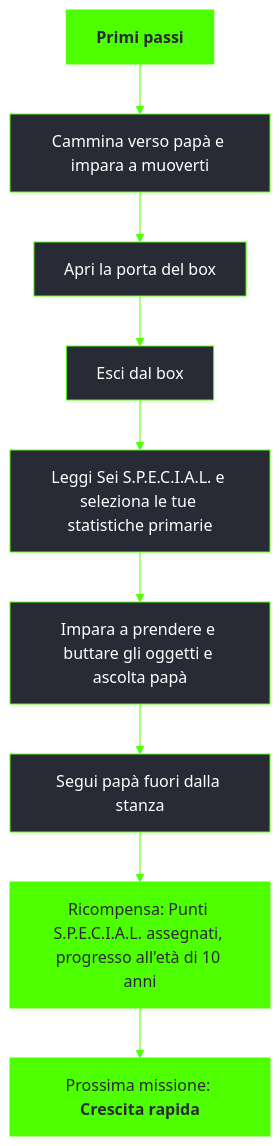
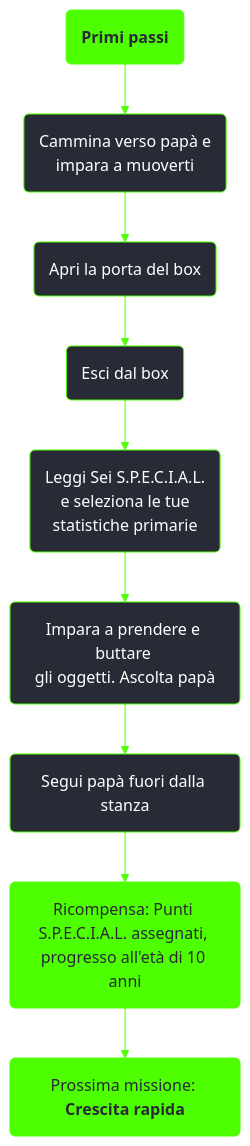
One commit to persy/wastelander changed the diagram in content/docs/fallout 3/missioni/Primi passi.md. Above: the diagram before and after it, drawn with Mermaid. The commit also changed 35 other files, not shown here.

````diff
--- a/content/docs/fallout 3/missioni/Primi passi.md
+++ b/content/docs/fallout 3/missioni/Primi passi.md
@@ -23,15 +23,15 @@
 ```mermaid
 %%{init: {'theme': 'base', 'themeVariables': { 'primaryColor': '#282a36', 'primaryBorderColor': '#4eff01', 'primaryTextColor': '#fff', 'lineColor': '#4eff01', 'fontFamily': 'Jura'}}}%%
 graph TD;
-    id1[<b>Primi passi</b>]:::questfo3-->id2[Cammina verso papà e impara a muoverti]
-    id2-->id3[Apri la porta del box]
-    id3-->id4[Esci dal box]
-    id4-->id5[Leggi Sei S.P.E.C.I.A.L. e seleziona le tue statistiche primarie]
-    id5-->id6[Impara a prendere e buttare gli oggetti e ascolta papà]  
-    id6-->id7[Segui papà fuori dalla stanza]
-    id7-->id8[Ricompensa: Punti S.P.E.C.I.A.L. assegnati, progresso all'età di 10 anni]:::rewardfo3
-    id8-->id9[Prossima missione: <b>Crescita rapida</b>]:::questfo3
+    id1(<b>Primi passi</b>):::questfo3-->id2(Cammina verso papà e <br />impara a muoverti)
+    id2-->id3(Apri la porta del box)
+    id3-->id4(Esci dal box)
+    id4-->id5(Leggi Sei S.P.E.C.I.A.L. <br />e seleziona le tue <br />statistiche primarie)
+    id5-->id6(Impara a prendere e buttare <br />gli oggetti. Ascolta papà)  
+    id6-->id7(Segui papà fuori dalla stanza)
+    id7-->id8(Ricompensa: Punti S.P.E.C.I.A.L. assegnati, <br />progresso all'età di 10 anni):::rewardfo3
+    id8-->id9(Prossima missione: <b>Crescita rapida</b>):::questfo3
     click id9 "../crescita-rapida"
     classDef rewardfo3 fill:#4eff01, stroke:#4eff01, color:#282a36;
     classDef questfo3 fill:#4eff01, stroke:#4eff01, color:#282a36;
 ```
````
